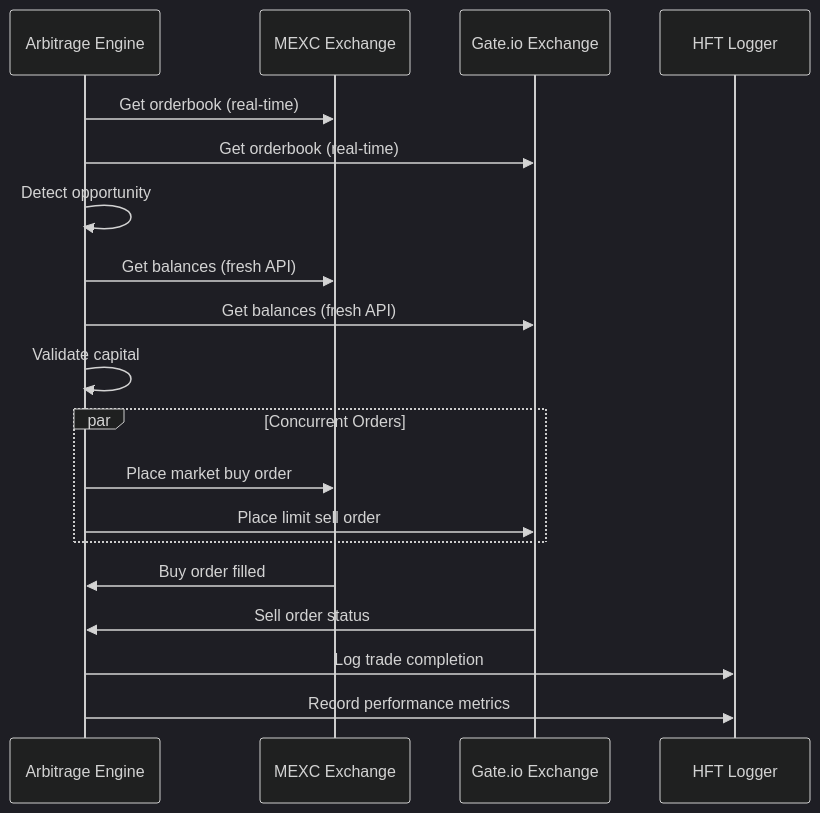
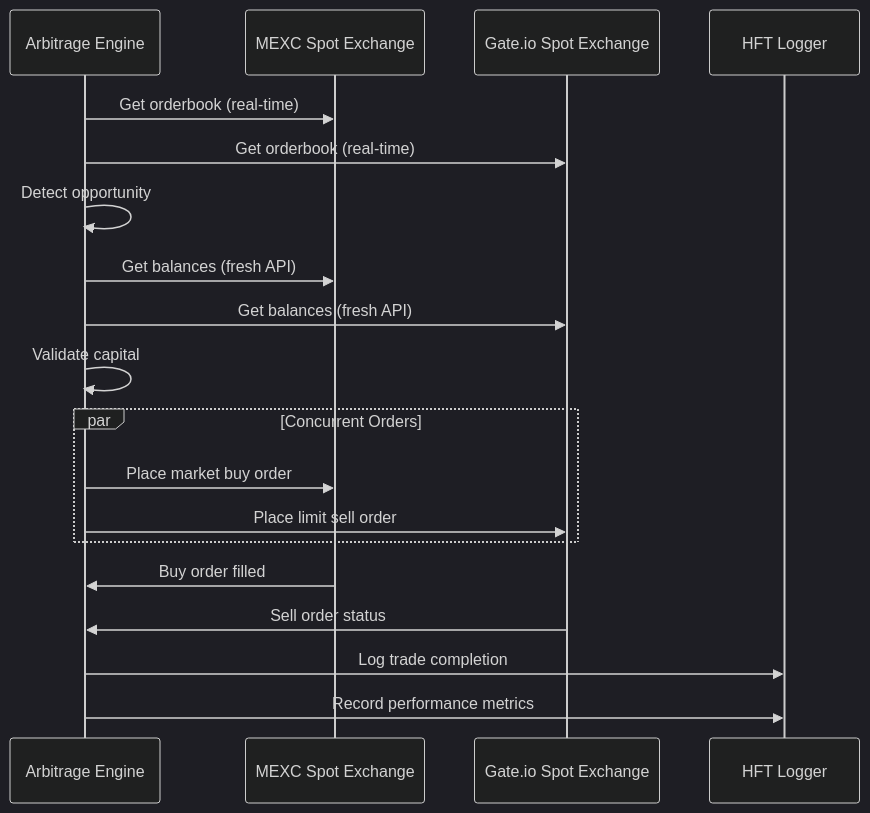
One commit to dasein108/cex_arbitrage changed the second of 2 diagrams in docs/workflows/unified-arbitrage-workflow.md. Above: the diagram before and after it, drawn with Mermaid (dark theme). The commit also changed other lines of this file and 49 other files, not shown here.

````diff
--- a/docs/workflows/unified-arbitrage-workflow.md
+++ b/docs/workflows/unified-arbitrage-workflow.md
@@ -395,26 +395,26 @@
 ```mermaid
 sequenceDiagram
     participant ARB as Arbitrage Engine
-    participant MEX as MEXC Exchange
-    participant GAT as Gate.io Exchange
+    participant MEX as MEXC Spot Exchange
+    participant GAT as Gate.io Spot Exchange
     participant LOG as HFT Logger
     
     ARB->>MEX: Get orderbook (real-time)
     ARB->>GAT: Get orderbook (real-time) 
     ARB->>ARB: Detect opportunity
     
     ARB->>MEX: Get balances (fresh API)
     ARB->>GAT: Get balances (fresh API)
     ARB->>ARB: Validate capital
     
     par Concurrent Orders
         ARB->>MEX: Place market buy order
         ARB->>GAT: Place limit sell order
     end
     
     MEX->>ARB: Buy order filled
     GAT->>ARB: Sell order status
     
     ARB->>LOG: Log trade completion
     ARB->>LOG: Record performance metrics
 ```
````
